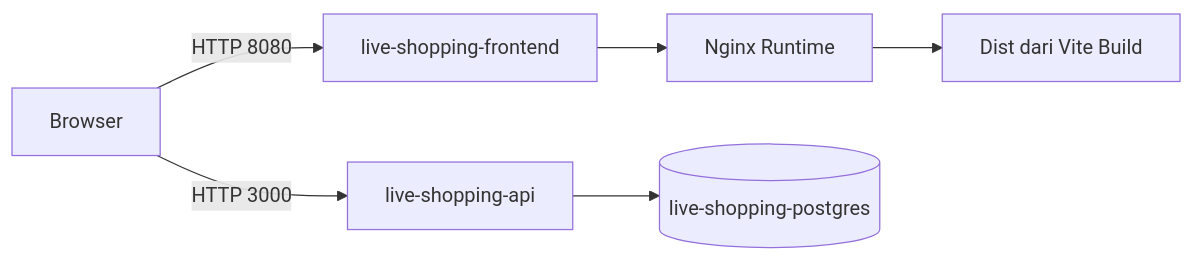
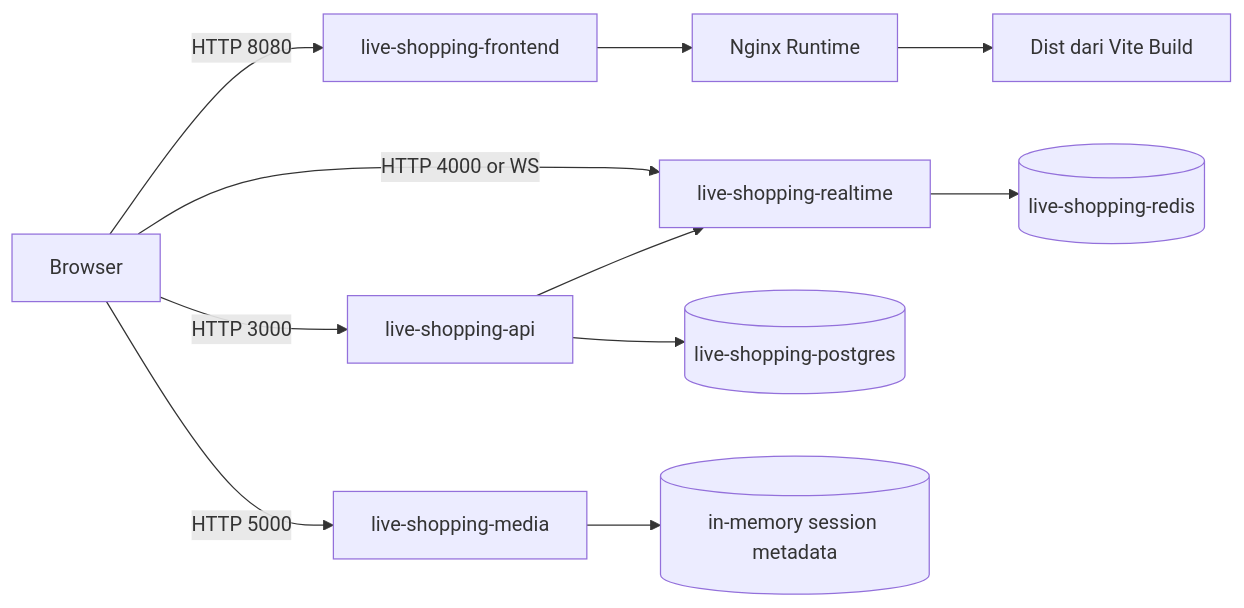
One commit to Fadlurrahman-Rivai/live-shopping-flash-sale changed the fifth of 5 diagrams in Document/ARCHITECTURE/README.md. Above: the diagram before and after it, drawn with Mermaid. The commit also changed other lines of this file and 20 other files, not shown here.

````diff
--- a/Document/ARCHITECTURE/README.md
+++ b/Document/ARCHITECTURE/README.md
@@ -208,8 +231,13 @@
 ```mermaid
 flowchart LR
   Browser -->|HTTP 8080| FrontendContainer[live-shopping-frontend]
   Browser -->|HTTP 3000| ApiContainer[live-shopping-api]
+  Browser -->|HTTP 4000 or WS| RealtimeContainer[live-shopping-realtime]
+  Browser -->|HTTP 5000| MediaContainer[live-shopping-media]
   FrontendContainer --> Nginx[Nginx Runtime]
   ApiContainer --> Postgres[(live-shopping-postgres)]
+  ApiContainer --> RealtimeContainer
+  RealtimeContainer --> Redis[(live-shopping-redis)]
   Nginx --> StaticBuild[Dist dari Vite Build]
+  MediaContainer --> SessionStore[(in-memory session metadata)]
 ```
````
